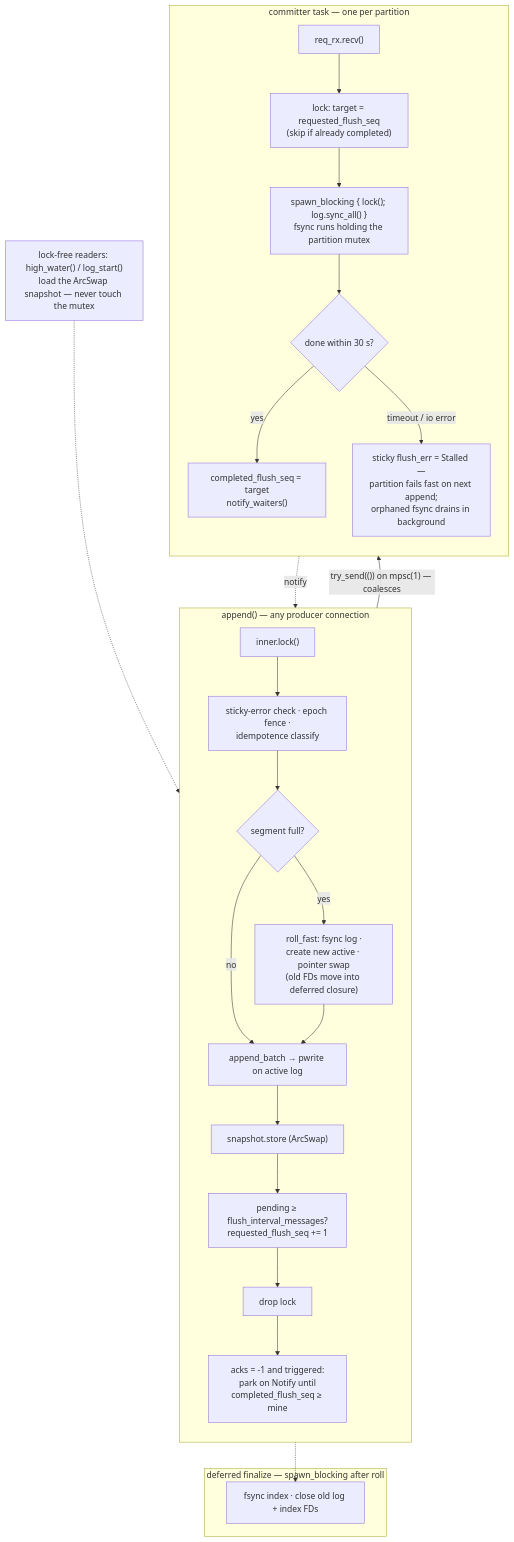
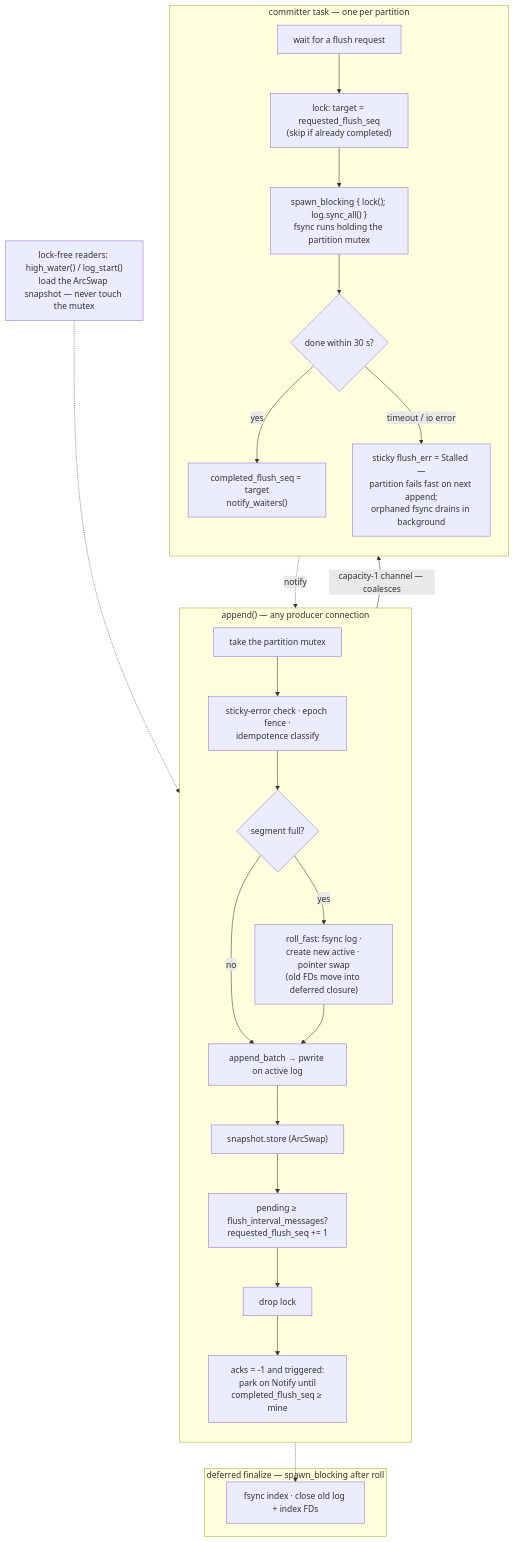
Before and after one commit to Woestebanaan/kaas: the third of 3 diagrams in docs/src/architecture/storage-hot-path.md, drawn with Mermaid. The commit also changed other lines of this file and 35 other files, not shown here.

````diff
--- a/docs/src/architecture/storage-hot-path.md
+++ b/docs/src/architecture/storage-hot-path.md
@@ -79,33 +97,33 @@
 ```mermaid
 flowchart TB
     subgraph appender["append() — any producer connection"]
         direction TB
-        lock["inner.lock()"] --> classify["sticky-error check · epoch fence ·<br/>idempotence classify"]
+        lock["take the partition mutex"] --> classify["sticky-error check · epoch fence ·<br/>idempotence classify"]
         classify --> roll{"segment full?"}
         roll -- yes --> rollfast["roll_fast: fsync log ·<br/>create new active · pointer swap<br/>(old FDs move into deferred closure)"]
         roll -- no --> write
         rollfast --> write["append_batch → pwrite on active log"]
         write --> snap["snapshot.store (ArcSwap)"]
         snap --> trigger["pending ≥ flush_interval_messages?<br/>requested_flush_seq += 1"]
         trigger --> unlock["drop lock"]
         unlock --> wait["acks = -1 and triggered:<br/>park on Notify until<br/>completed_flush_seq ≥ mine"]
     end
 
     subgraph committer["committer task — one per partition"]
         direction TB
-        recv["req_rx.recv()"] --> target["lock: target = requested_flush_seq<br/>(skip if already completed)"]
+        recv["wait for a flush request"] --> target["lock: target = requested_flush_seq<br/>(skip if already completed)"]
         target --> fsync["spawn_blocking { lock(); log.sync_all() }<br/>fsync runs holding the partition mutex"]
         fsync --> watchdog{"done within 30 s?"}
         watchdog -- yes --> ok["completed_flush_seq = target<br/>notify_waiters()"]
         watchdog -- "timeout / io error" --> dead["sticky flush_err = Stalled —<br/>partition fails fast on next append;<br/>orphaned fsync drains in background"]
     end
 
     subgraph deferred["deferred finalize — spawn_blocking after roll"]
         fin["fsync index · close old log + index FDs"]
     end
 
-    trigger -- "try_send(()) on mpsc(1) — coalesces" --> recv
+    trigger -- "capacity-1 channel — coalesces" --> recv
     ok -. "notify" .-> wait
     rollfast -.-> fin
     readers["lock-free readers: high_water() / log_start()<br/>load the ArcSwap snapshot — never touch the mutex"] -.-> snap
 ```
````
